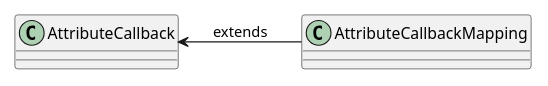
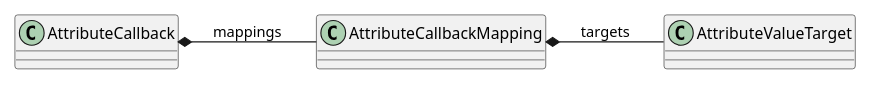
One commit to OmniTrustILM/documentation changed the diagram in docs/contributors/attributes/callbacks.mdx. Above: the diagram before and after it, drawn with PlantUML. The commit also changed other lines of this file and 7 other files, not shown here.

````diff
--- a/docs/contributors/attributes/callbacks.mdx
+++ b/docs/contributors/attributes/callbacks.mdx
@@ -199,11 +202,14 @@
 ```plantuml
 @startuml
     scale 3/4
     left to right direction
 
     class AttributeCallback
-    
+
     class AttributeCallbackMapping
-  
-    AttributeCallback <-- AttributeCallbackMapping : extends
+
+    class AttributeValueTarget
+
+    AttributeCallback *-- AttributeCallbackMapping : mappings
+    AttributeCallbackMapping *-- AttributeValueTarget : targets
 ```
````
